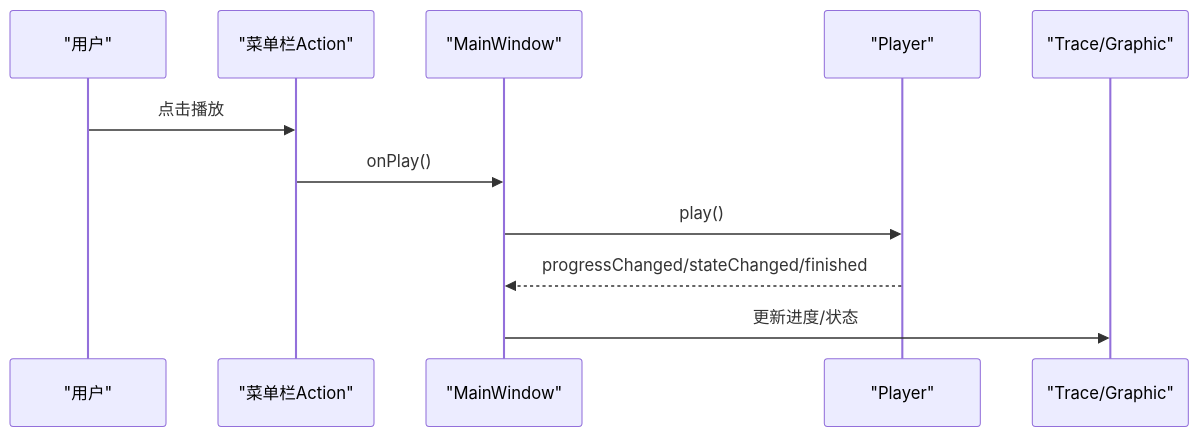
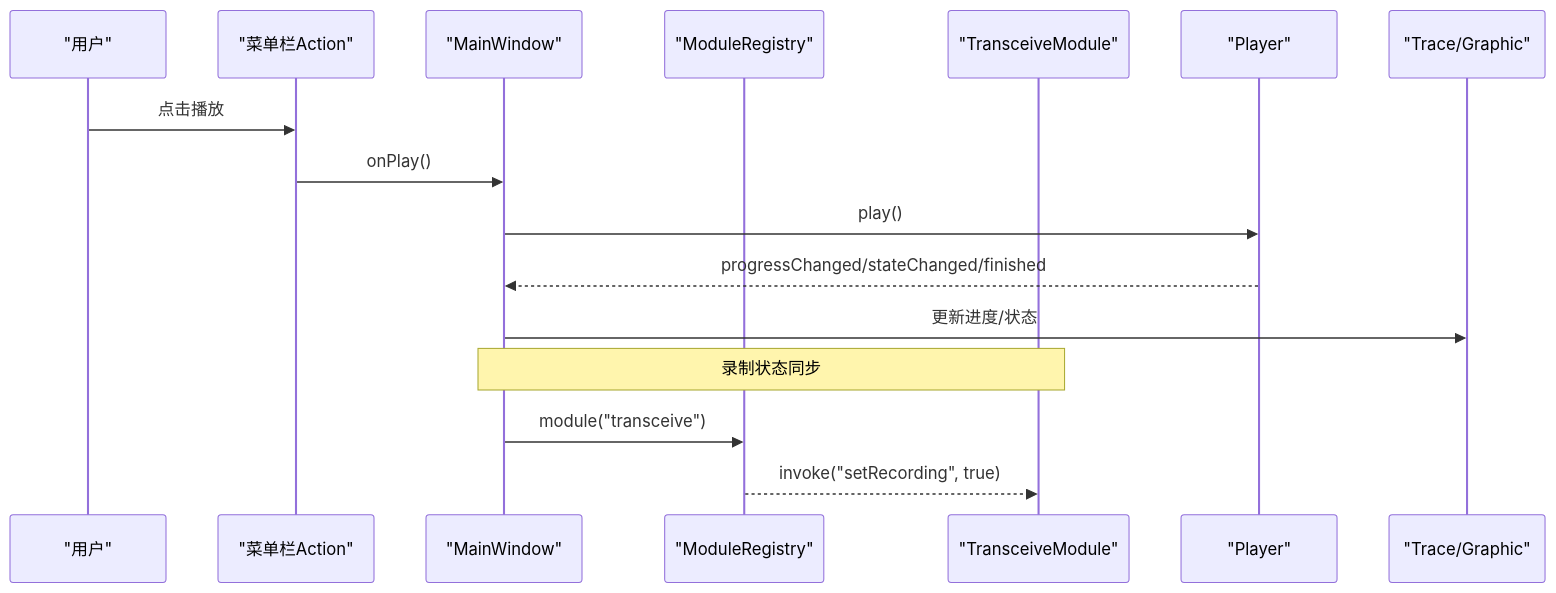
Before and after one commit to jakecai1225-design/OpenBus: the fifth of 8 diagrams in .qoder/repowiki/zh/content/架构设计/主窗口组件架构.md, drawn with Mermaid. The commit also changed other lines of this file and 177 other files, not shown here.

````diff
--- a/.qoder/repowiki/zh/content/架构设计/主窗口组件架构.md
+++ b/.qoder/repowiki/zh/content/架构设计/主窗口组件架构.md
@@ -187,13 +260,18 @@
 ```mermaid
 sequenceDiagram
 participant User as "用户"
 participant Menu as "菜单栏Action"
 participant MW as "MainWindow"
+participant MR as "ModuleRegistry"
+participant TM as "TransceiveModule"
 participant Player as "Player"
 participant Tabs as "Trace/Graphic"
 User->>Menu : 点击播放
 Menu->>MW : onPlay()
 MW->>Player : play()
 Player-->>MW : progressChanged/stateChanged/finished
 MW->>Tabs : 更新进度/状态
+Note over MW,TM : 录制状态同步
+MW->>MR : module("transceive")
+MR-->>TM : invoke("setRecording", true)
 ```
````
